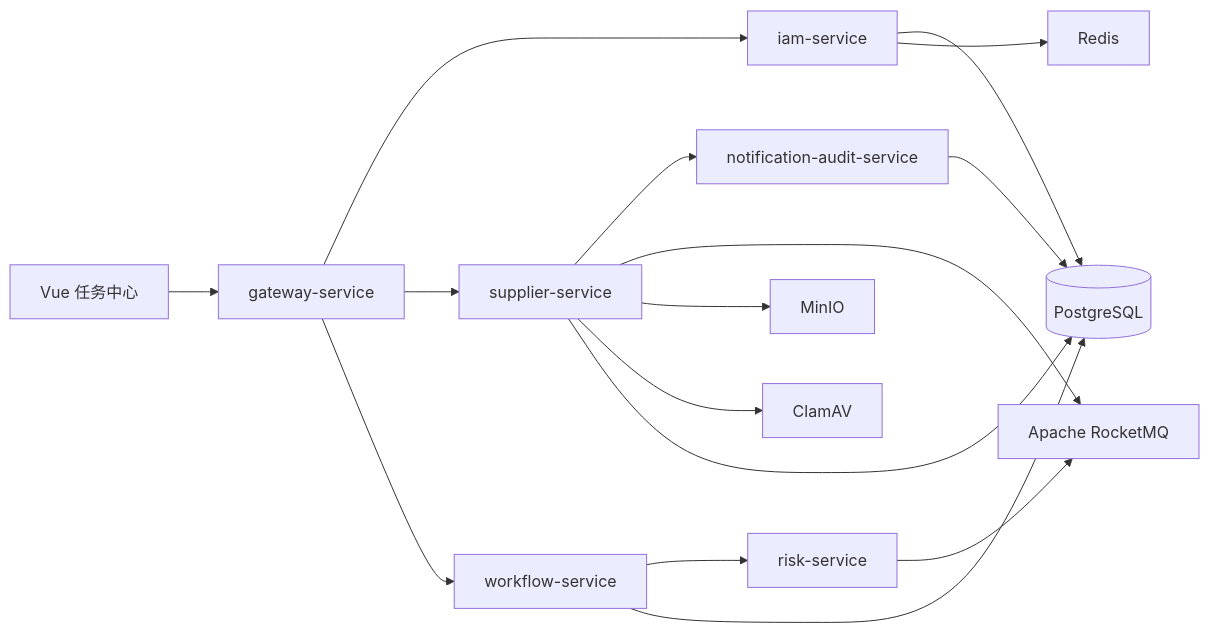
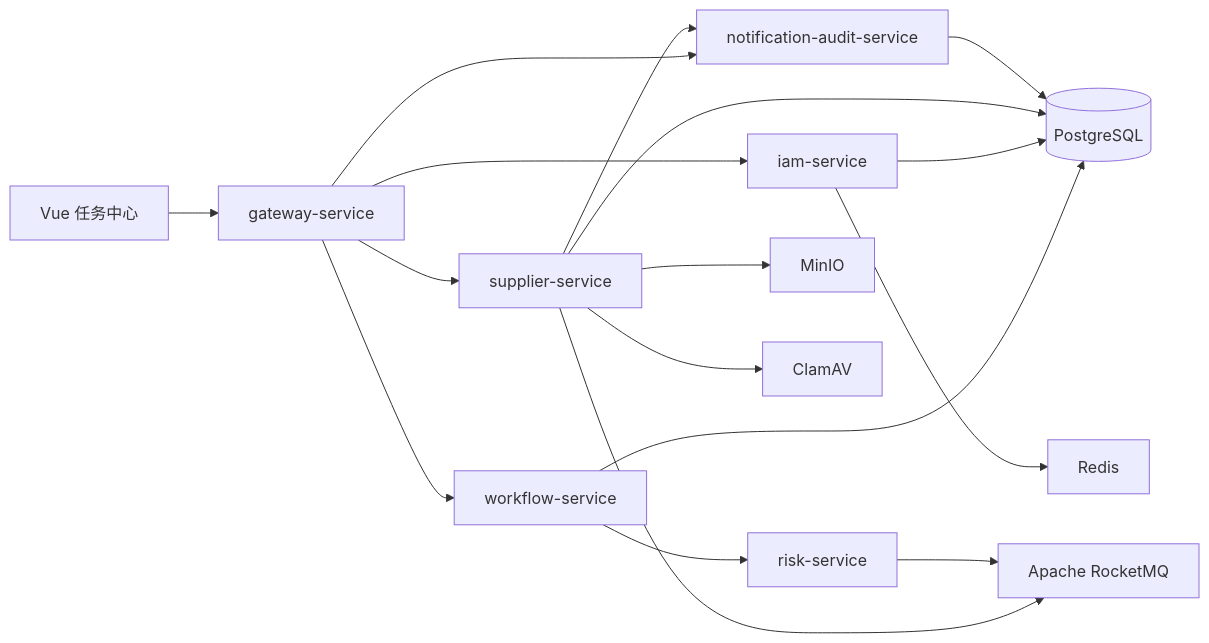
One commit to SeanidHau/FlowMesh changed the diagram in docs/architecture.md. Above: the diagram before and after it, drawn with Mermaid. The commit also changed other lines of this file and 16 other files, not shown here.

````diff
--- a/docs/architecture.md
+++ b/docs/architecture.md
@@ -9,18 +9,19 @@
 ```mermaid
 flowchart LR
   UI[Vue 任务中心] --> GW[gateway-service]
   GW --> IAM[iam-service]
   GW --> SUP[supplier-service]
   GW --> WF[workflow-service]
   WF --> RISK[risk-service]
   RISK --> RMQ[Apache RocketMQ]
   SUP --> NOTIFY[notification-audit-service]
+  GW --> NOTIFY
   NOTIFY --> PG[(PostgreSQL)]
   SUP --> RMQ[Apache RocketMQ]
   SUP --> MINIO[MinIO]
   SUP --> CLAMAV[ClamAV]
   SUP --> PG[(PostgreSQL)]
   IAM --> PG
   WF --> PG
   IAM --> REDIS[Redis]
 ```
````
